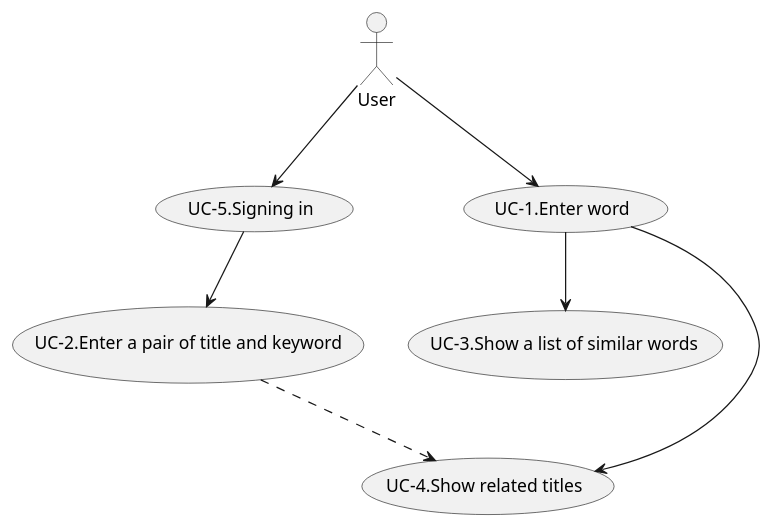
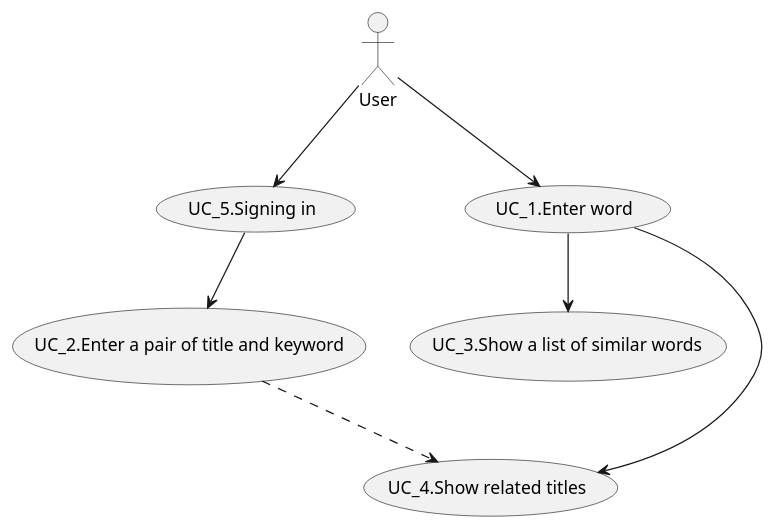
The diagram in web/doc/usecase_chart/usecase.pu (azarashin/Word2VecSOM), drawn with PlantUML before and after one commit.

Commit message:
hifun to underscore

```diff
--- a/web/doc/usecase_chart/usecase.pu
+++ b/web/doc/usecase_chart/usecase.pu
@@ -1,13 +1,13 @@
 @startuml
-User --> (UC-5.Signing in)
-User --> (UC-1.Enter word)
+User --> (UC_5.Signing in)
+User --> (UC_1.Enter word)
 
-(UC-5.Signing in) --> (UC-2.Enter a pair of title and keyword)
+(UC_5.Signing in) --> (UC_2.Enter a pair of title and keyword)
 
-(UC-1.Enter word) --> (UC-3.Show a list of similar words)
-(UC-1.Enter word) --> (UC-4.Show related titles)
+(UC_1.Enter word) --> (UC_3.Show a list of similar words)
+(UC_1.Enter word) --> (UC_4.Show related titles)
 
-(UC-2.Enter a pair of title and keyword) ..> (UC-4.Show related titles)
+(UC_2.Enter a pair of title and keyword) ..> (UC_4.Show related titles)
 
 
 @enduml
```
